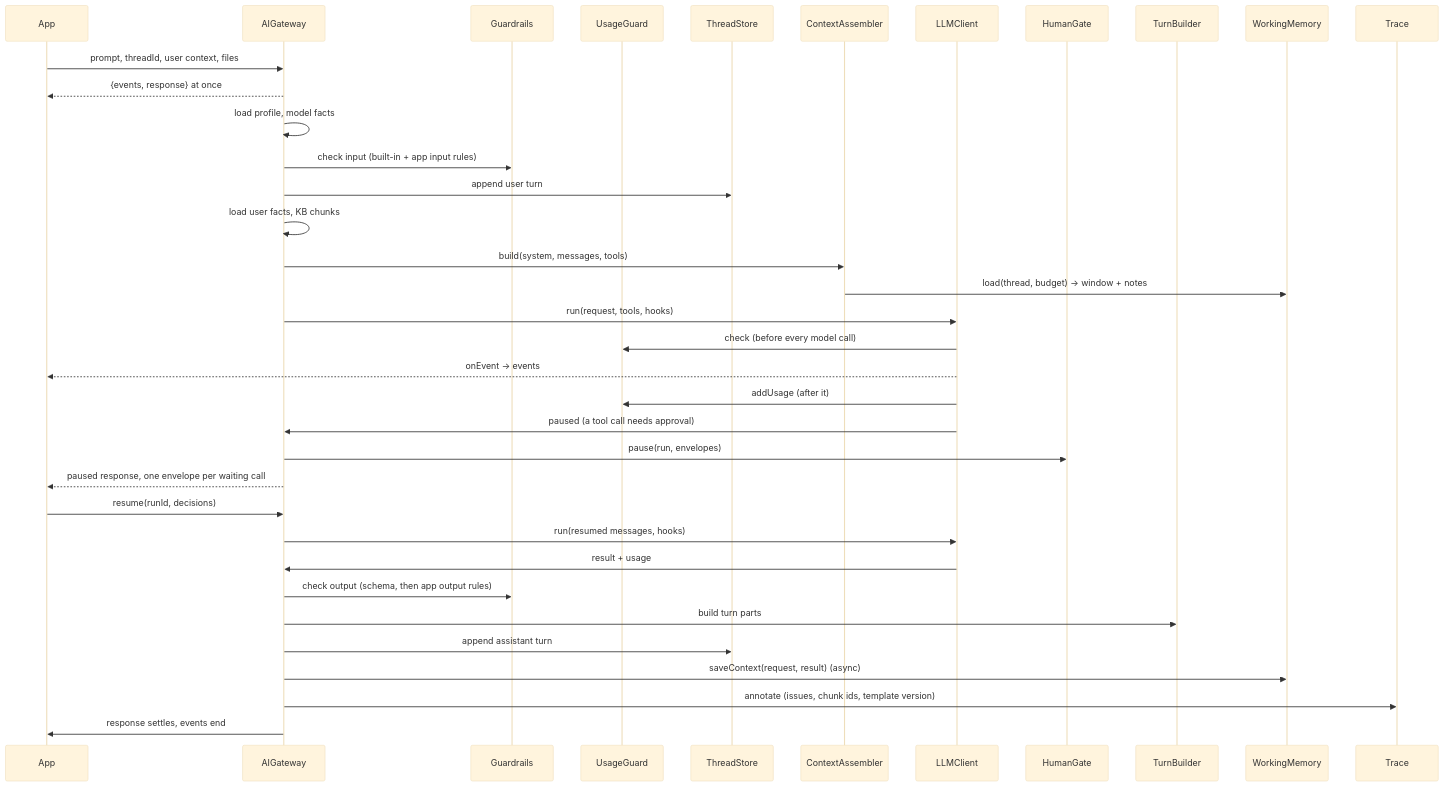
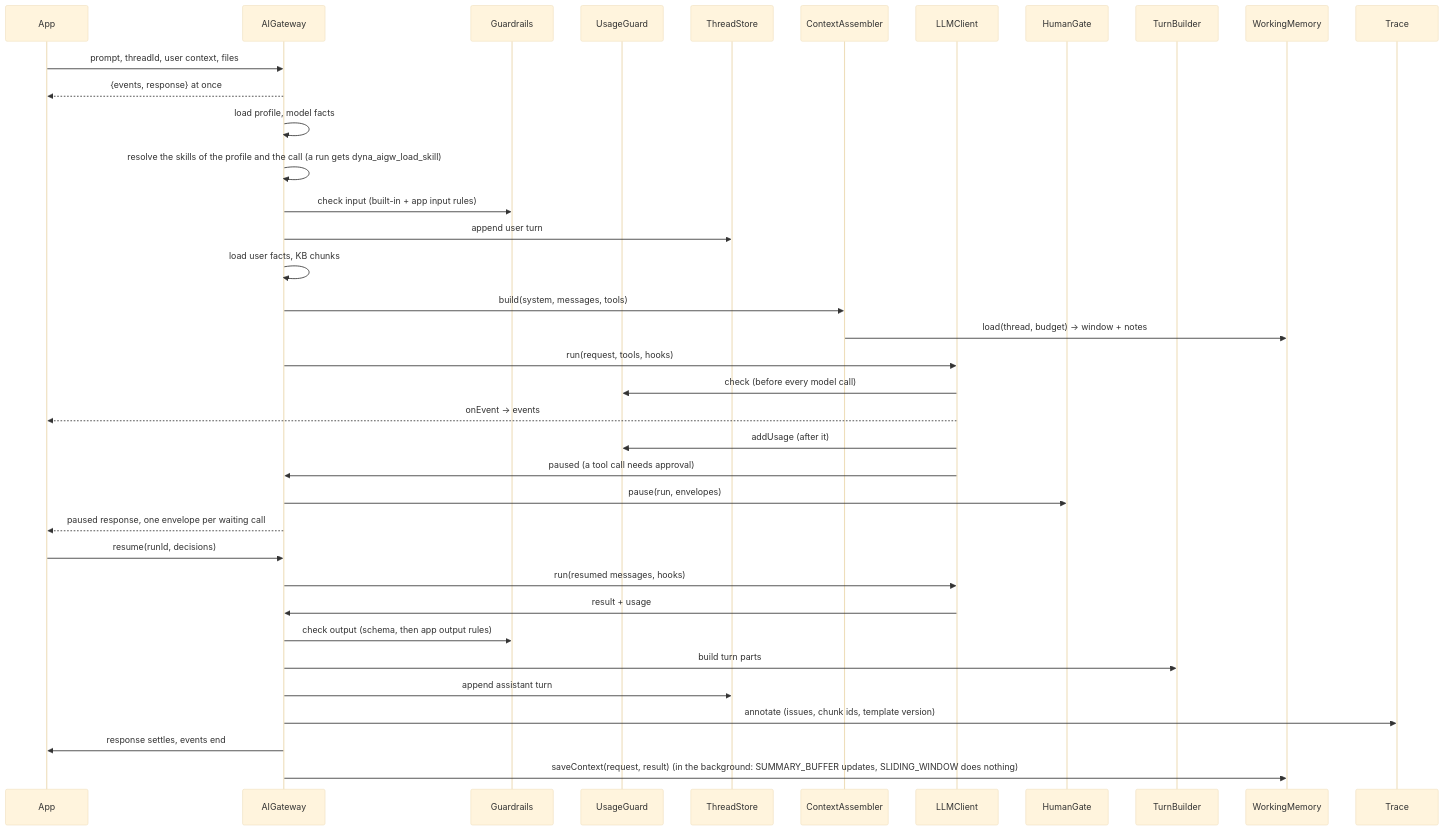
The third of 3 diagrams in docs/60-architecture/10-architecture-and-trade-offs.md (aneldev/dyna-ai-gateway), drawn with Mermaid (base theme) before and after one commit. The commit also changed other lines of this file and 11 other files, not shown here.

First line of the commit message:
DAIG-40113 (feat: Architecture docs) dev: Step 2.1 — Architecture and trade-offs takes the blueprint in, in the section's chapters

````diff
--- a/docs/60-architecture/10-architecture-and-trade-offs.md
+++ b/docs/60-architecture/10-architecture-and-trade-offs.md
@@ -165,39 +228,40 @@
 ```mermaid
 sequenceDiagram
   participant App
   participant GW as AIGateway
   participant GR as Guardrails
   participant UG as UsageGuard
   participant TS as ThreadStore
   participant CA as ContextAssembler
   participant DR as LLMClient
   participant HG as HumanGate
   participant TB as TurnBuilder
   participant WM as WorkingMemory
   participant TRC as Trace
 
   App->>GW: prompt, threadId, user context, files
   GW-->>App: {events, response} at once
   GW->>GW: load profile, model facts
+  GW->>GW: resolve the skills of the profile and the call (a run gets dyna_aigw_load_skill)
   GW->>GR: check input (built-in + app input rules)
   GW->>TS: append user turn
   GW->>GW: load user facts, KB chunks
   GW->>CA: build(system, messages, tools)
   CA->>WM: load(thread, budget) → window + notes
   GW->>DR: run(request, tools, hooks)
   DR->>UG: check (before every model call)
   DR-->>App: onEvent → events
   DR->>UG: addUsage (after it)
   DR->>GW: paused (a tool call needs approval)
   GW->>HG: pause(run, envelopes)
   GW-->>App: paused response, one envelope per waiting call
   App->>GW: resume(runId, decisions)
   GW->>DR: run(resumed messages, hooks)
   DR->>GW: result + usage
   GW->>GR: check output (schema, then app output rules)
   GW->>TB: build turn parts
   GW->>TS: append assistant turn
-  GW->>WM: saveContext(request, result) (async)
   GW->>TRC: annotate (issues, chunk ids, template version)
   GW->>App: response settles, events end
+  GW->>WM: saveContext(request, result) (in the background: SUMMARY_BUFFER updates, SLIDING_WINDOW does nothing)
 ```
````
